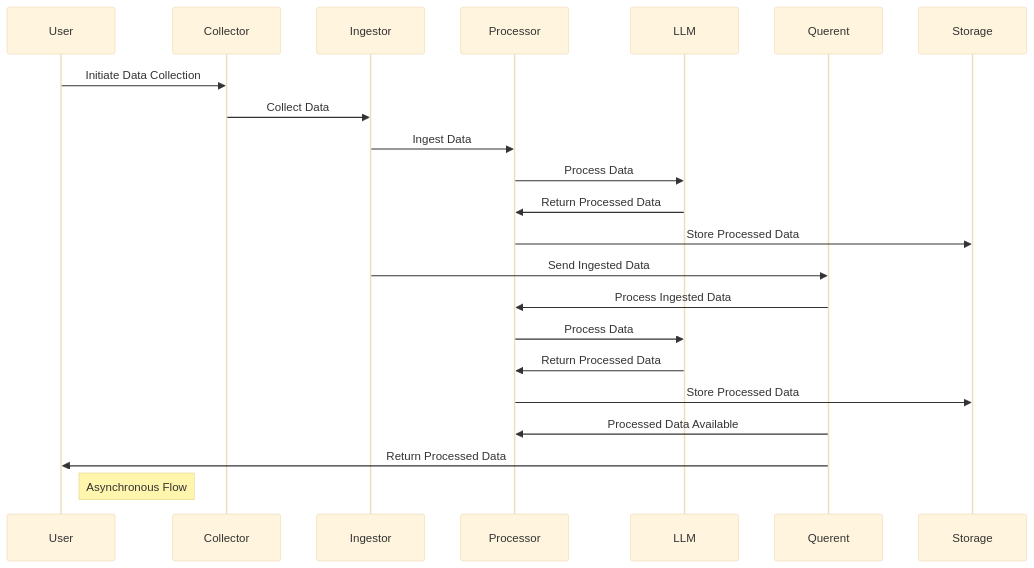
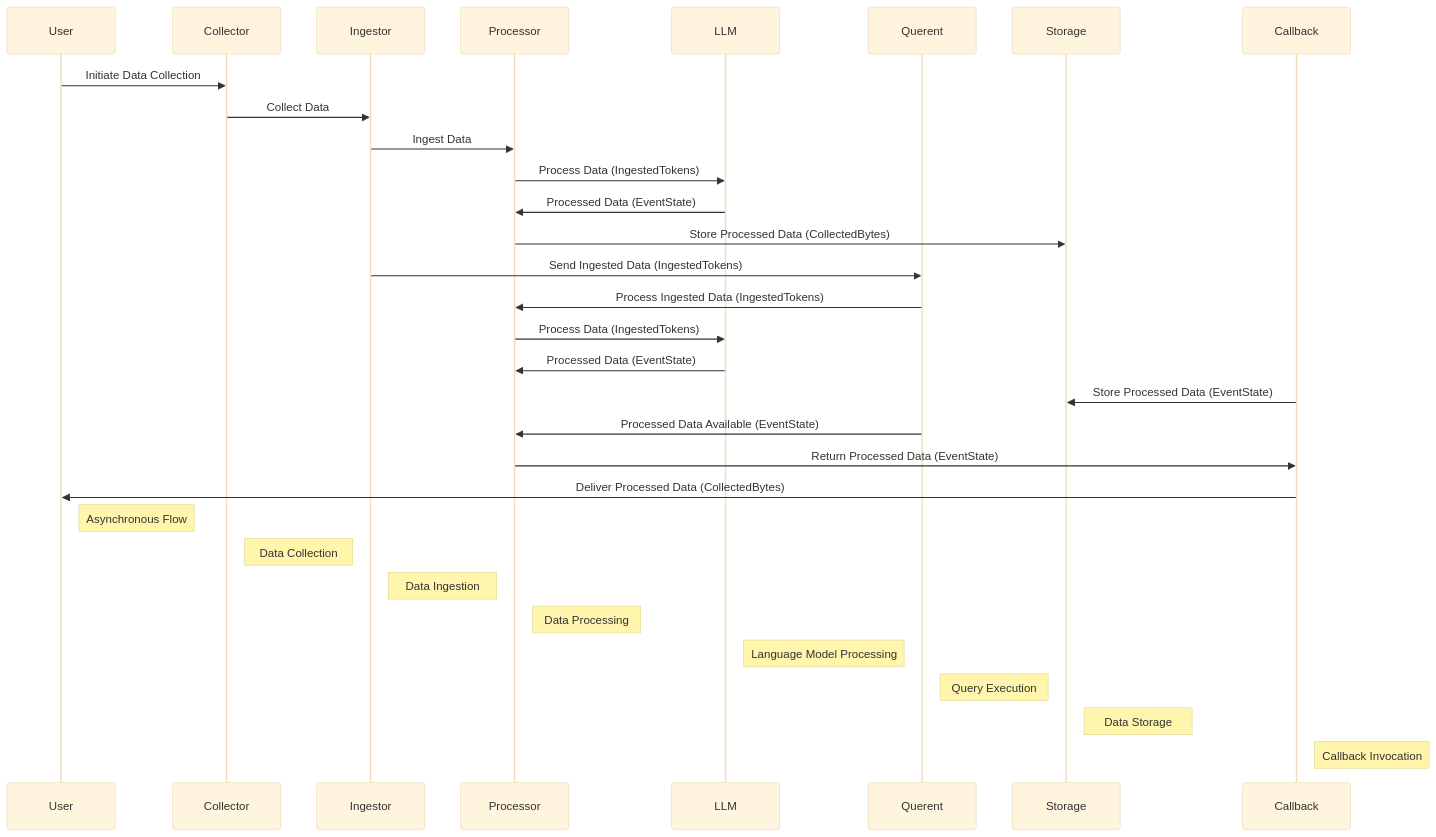
The diagram in README.md (Querent-ai/querent-python-research), drawn with Mermaid (base theme) before and after one commit.

Commit message:
add more exhaustive sequence diag

````diff
--- a/README.md
+++ b/README.md
@@ -119,26 +119,36 @@
 ```mermaid
 sequenceDiagram
     participant User
     participant Collector
     participant Ingestor
     participant Processor
     participant LLM
     participant Querent
     participant Storage
+    participant Callback
 
     User->>Collector: Initiate Data Collection
     Collector->>Ingestor: Collect Data
     Ingestor->>Processor: Ingest Data
-    Processor->>LLM: Process Data
-    LLM->>Processor: Return Processed Data
-    Processor->>Storage: Store Processed Data
-    Ingestor->>Querent: Send Ingested Data
-    Querent->>Processor: Process Ingested Data
-    Processor->>LLM: Process Data
-    LLM->>Processor: Return Processed Data
-    Processor->>Storage: Store Processed Data
-    Querent->>Processor: Processed Data Available
-    Querent->>User: Return Processed Data
+    Processor->>LLM: Process Data (IngestedTokens)
+    LLM->>Processor: Processed Data (EventState)
+    Processor->>Storage: Store Processed Data (CollectedBytes)
+    Ingestor->>Querent: Send Ingested Data (IngestedTokens)
+    Querent->>Processor: Process Ingested Data (IngestedTokens)
+    Processor->>LLM: Process Data (IngestedTokens)
+    LLM->>Processor: Processed Data (EventState)
+    Callback->>Storage: Store Processed Data (EventState)
+    Querent->>Processor: Processed Data Available (EventState)
+    Processor->>Callback: Return Processed Data (EventState)
+    Callback->>User: Deliver Processed Data (CollectedBytes)
 
     Note right of User: Asynchronous Flow
+    Note right of Collector: Data Collection
+    Note right of Ingestor: Data Ingestion
+    Note right of Processor: Data Processing
+    Note right of LLM: Language Model Processing
+    Note right of Querent: Query Execution
+    Note right of Storage: Data Storage
+    Note right of Callback: Callback Invocation
+
 ```
````
